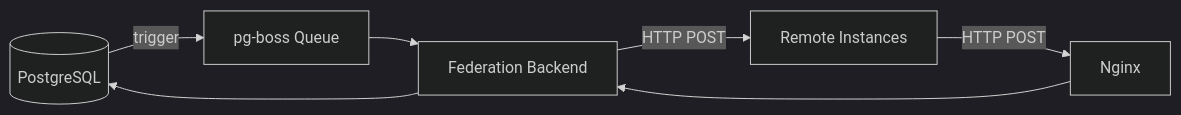
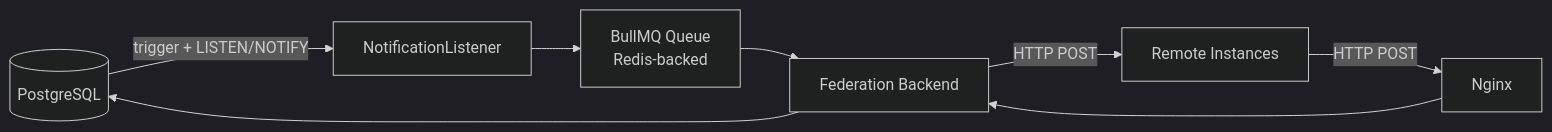
Before and after one commit to y4my4my4m/harmony: the diagram in docs-source/guide/deployment/federation.md, drawn with Mermaid (dark theme). The commit also changed other lines of this file and 481 other files, not shown here.

````diff
--- a/docs-source/guide/deployment/federation.md
+++ b/docs-source/guide/deployment/federation.md
@@ -7,9 +7,10 @@
 ```mermaid
 graph LR
-    DB[(PostgreSQL)] -->|trigger| Queue[pg-boss Queue]
+    DB[(PostgreSQL)] -->|trigger + LISTEN/NOTIFY| Bridge[NotificationListener]
+    Bridge --> Queue[BullMQ Queue<br/>Redis-backed]
     Queue --> FedBackend[Federation Backend]
     FedBackend -->|HTTP POST| Remote[Remote Instances]
     Remote -->|HTTP POST| Nginx
     Nginx --> FedBackend
     FedBackend --> DB
 ```
````
